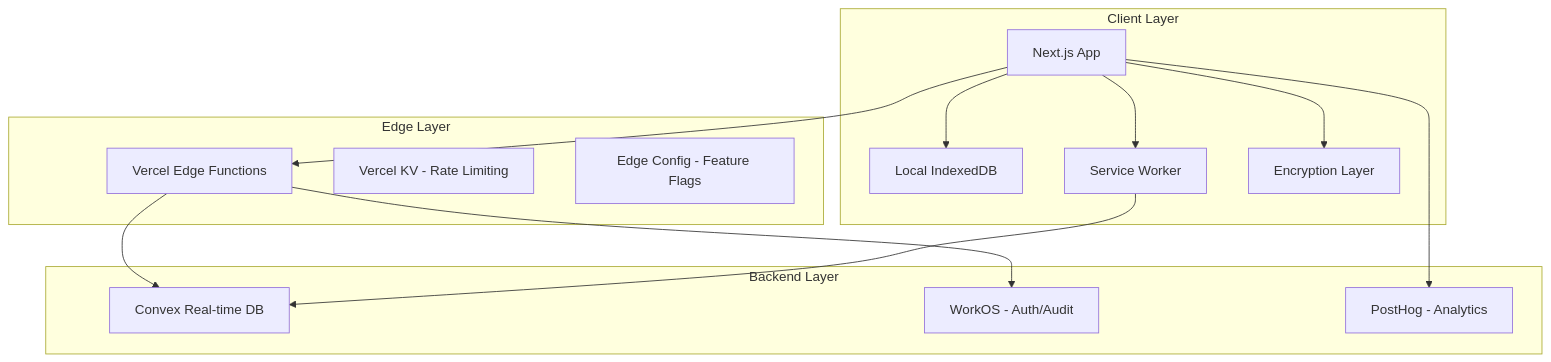
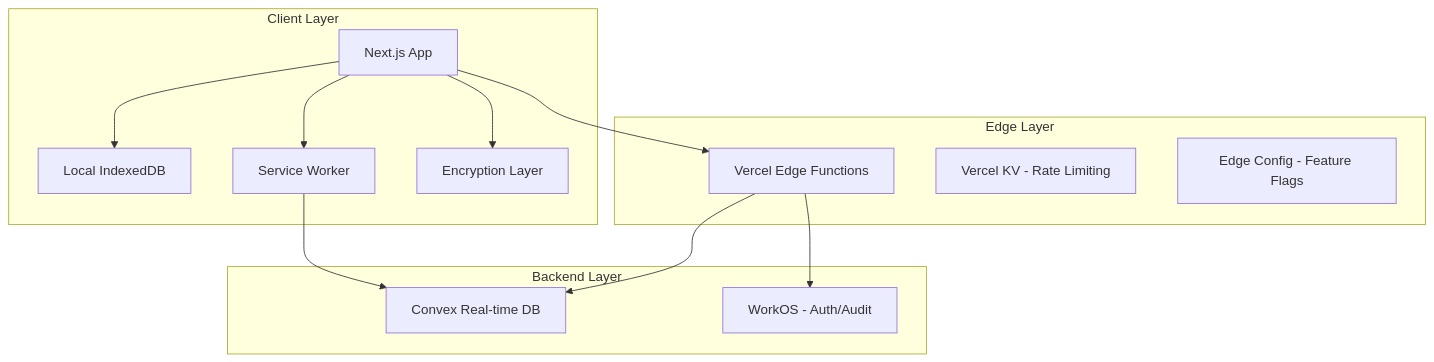
One commit to tcynic/compTrails changed the diagram in README.md. Above: the diagram before and after it, drawn with Mermaid. The commit also changed other lines of this file and 3 other files, not shown here.

Commit message:
docs: remove PostHog references from documentation

````diff
--- a/README.md
+++ b/README.md
@@ -94,26 +93,24 @@
 ```mermaid
 graph TB
     subgraph "Client Layer"
         A[Next.js App] --> B[Local IndexedDB]
         A --> C[Service Worker]
         A --> D[Encryption Layer]
     end
     
     subgraph "Edge Layer"
         E[Vercel Edge Functions]
         F[Vercel KV - Rate Limiting]
         G[Edge Config - Feature Flags]
     end
     
     subgraph "Backend Layer"
         H[Convex Real-time DB]
         I[WorkOS - Auth/Audit]
-        J[PostHog - Analytics]
     end
     
     A --> E
     E --> H
     E --> I
-    A --> J
     C --> H
 ```
````
